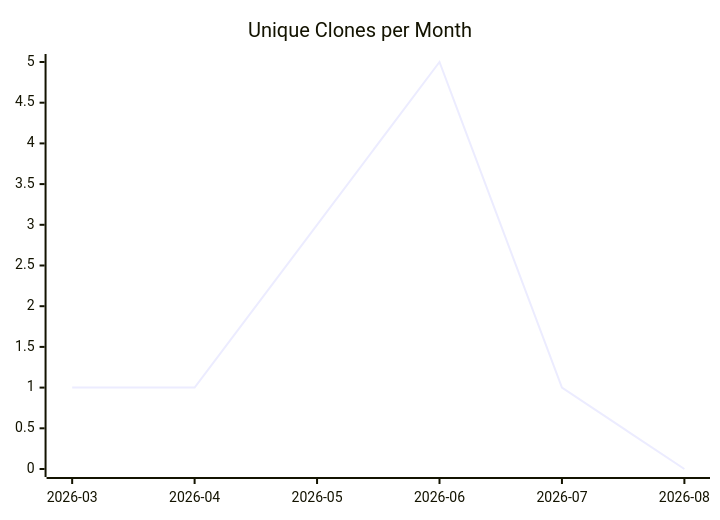
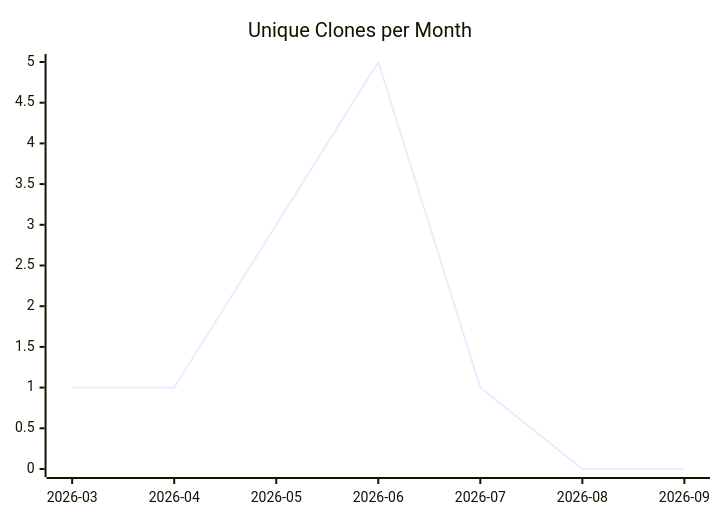
The third of 3 diagrams in karlmdavis/ansible/README.md (justdavis-family/github-analytics-data), drawn with Mermaid before and after one commit. The commit also changed other lines of this file and 190 other files, not shown here.

````diff
--- a/karlmdavis/ansible/README.md
+++ b/karlmdavis/ansible/README.md
@@ -19,6 +19,6 @@
 ```mermaid
 xychart-beta
   title "Unique Clones per Month"
-  x-axis ["2026-03", "2026-04", "2026-05", "2026-06", "2026-07", "2026-08"]
-  line [1, 1, 3, 5, 1, 0]
+  x-axis ["2026-03", "2026-04", "2026-05", "2026-06", "2026-07", "2026-08", "2026-09"]
+  line [1, 1, 3, 5, 1, 0, 0]
 ```
````
